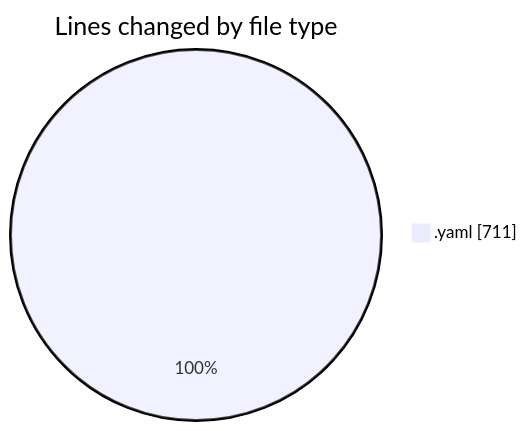
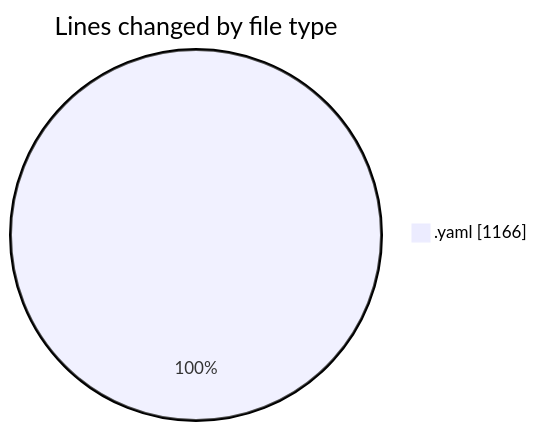
One commit to mevix1/code-tracking changed the first of 2 diagrams in 2025-10-09/api-hub/README.md. Above: the diagram before and after it, drawn with Mermaid. The commit also changed other lines of this file and 1 other file, not shown here.

````diff
--- a/2025-10-09/api-hub/README.md
+++ b/2025-10-09/api-hub/README.md
@@ -24,5 +27,5 @@
 ```mermaid
 pie showData
 title Lines changed by file type
-".yaml" : 711
+".yaml" : 1166
 ```
````
